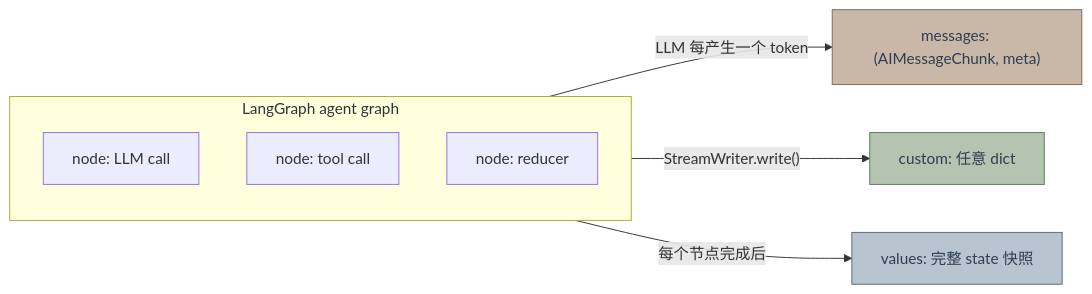
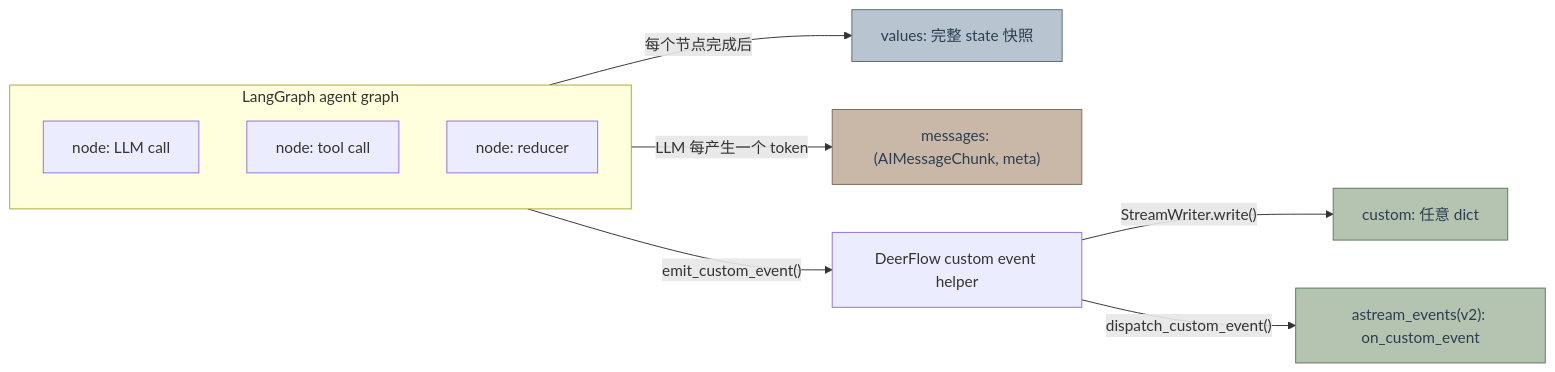
One commit to tsbaby1326/deer-flow changed the first of 5 diagrams in backend/docs/STREAMING.md. Above: the diagram before and after it, drawn with Mermaid. The commit also changed other lines of this file and 11 other files, not shown here.

First line of the commit message:
fix(streaming): expose custom events to astream_events (#4403)

````diff
--- a/backend/docs/STREAMING.md
+++ b/backend/docs/STREAMING.md
@@ -53,21 +53,24 @@
 ```mermaid
 flowchart LR
     classDef values fill:#B8C5D1,stroke:#5A6B7A,color:#2C3E50
     classDef messages fill:#C9B8A8,stroke:#7A6B5A,color:#2C3E50
     classDef custom fill:#B5C4B1,stroke:#5A7A5A,color:#2C3E50
 
     subgraph LG["LangGraph agent graph"]
         direction TB
         Node1["node: LLM call"]
         Node2["node: tool call"]
         Node3["node: reducer"]
     end
 
     LG -->|"每个节点完成后"| V["values: 完整 state 快照"]
     Node1 -->|"LLM 每产生一个 token"| M["messages: (AIMessageChunk, meta)"]
-    Node1 -->|"StreamWriter.write()"| C["custom: 任意 dict"]
+    Node1 -->|"emit_custom_event()"| E["DeerFlow custom event helper"]
+    E -->|"StreamWriter.write()"| C["custom: 任意 dict"]
+    E -->|"dispatch_custom_event()"| A["astream_events(v2): on_custom_event"]
 
     class V values
     class M messages
     class C custom
+    class A custom
 ```
````
